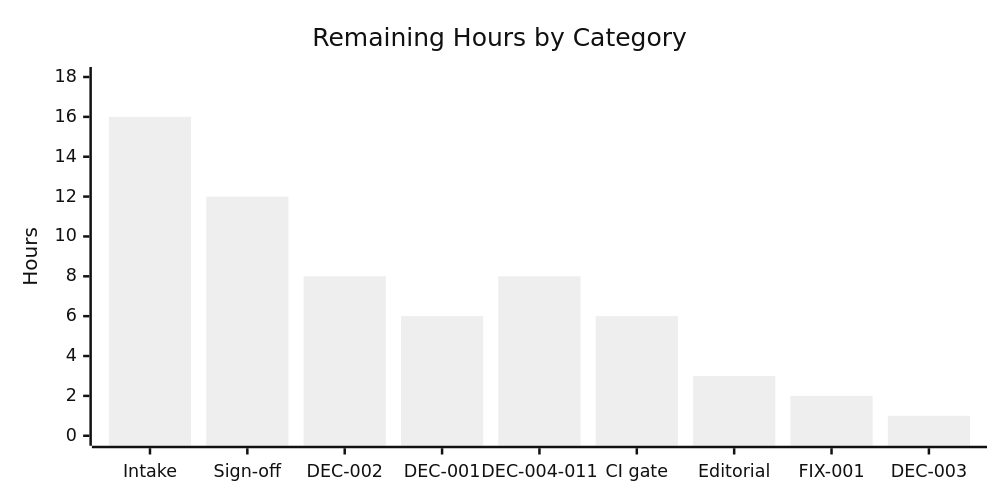
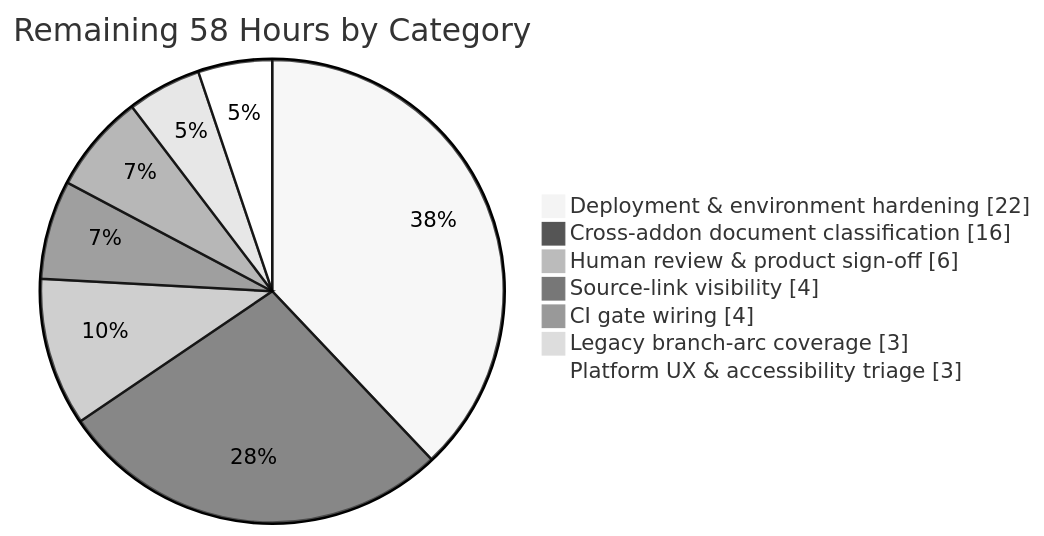
The third of 5 diagrams in blitzy/documentation/Project Guide.md (Blitzy-Sandbox/blitzy-odoo), drawn with Mermaid (neutral theme) before and after one commit. The commit also changed other lines of this file, not shown here.

Commit message:
Adding Blitzy Project Guide: Project Status and Human Tasks Remaining

````diff
--- a/blitzy/documentation/Project Guide.md
+++ b/blitzy/documentation/Project Guide.md
@@ -239,13 +242,10 @@
 ```mermaid
----
-config:
-    xyChart:
-        width: 780
-        height: 380
----
-xychart-beta
-    title "Remaining Hours by Category"
-    x-axis ["Intake", "Sign-off", "DEC-002", "DEC-001", "DEC-004-011", "CI gate", "Editorial", "FIX-001", "DEC-003"]
-    y-axis "Hours" 0 --> 18
-    bar [16, 12, 8, 6, 8, 6, 3, 2, 1]
+pie showData title Remaining 58 Hours by Category
+    "Deployment & environment hardening" : 22
+    "Cross-addon document classification" : 16
+    "Human review & product sign-off" : 6
+    "Source-link visibility" : 4
+    "CI gate wiring" : 4
+    "Legacy branch-arc coverage" : 3
+    "Platform UX & accessibility triage" : 3
 ```
````
